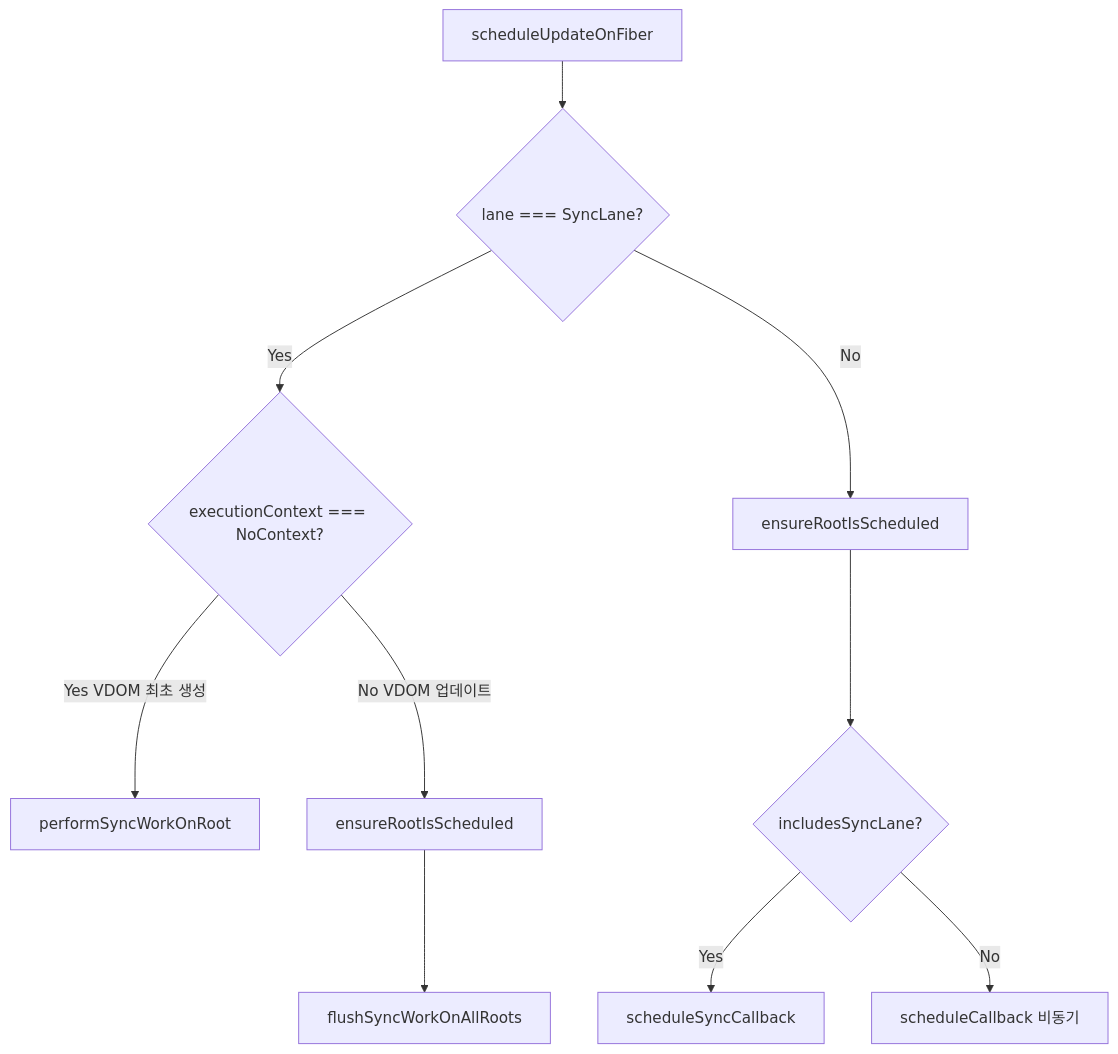
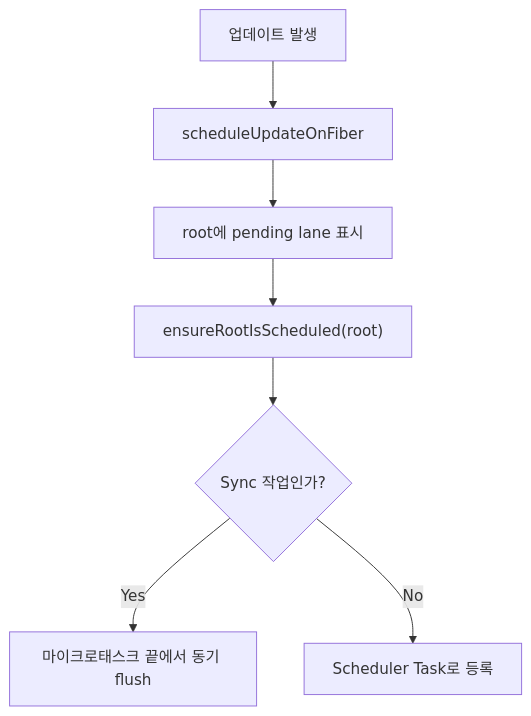
Before and after one commit to junbox98221/JK-study: the diagram in react/part2/ch13.md, drawn with Mermaid. The commit also changed other lines of this file and 15 other files, not shown here.

````diff
--- a/react/part2/ch13.md
+++ b/react/part2/ch13.md
@@ -155,12 +40,9 @@
 ```mermaid
 flowchart TD
-    A[scheduleUpdateOnFiber] --> B{lane === SyncLane?}
-    B -->|Yes| C{executionContext === NoContext?}
-    B -->|No| G[ensureRootIsScheduled]
-    C -->|Yes VDOM 최초 생성| D[performSyncWorkOnRoot]
-    C -->|No VDOM 업데이트| E[ensureRootIsScheduled]
-    E --> F[flushSyncWorkOnAllRoots]
-    G --> H{includesSyncLane?}
-    H -->|Yes| I[scheduleSyncCallback]
-    H -->|No| J[scheduleCallback 비동기]
+    A["업데이트 발생"] --> B["scheduleUpdateOnFiber"]
+    B --> C["root에 pending lane 표시"]
+    C --> D["ensureRootIsScheduled(root)"]
+    D --> E{"Sync 작업인가?"}
+    E -->|Yes| F["마이크로태스크 끝에서 동기 flush"]
+    E -->|No| G["Scheduler Task로 등록"]
 ```
````
